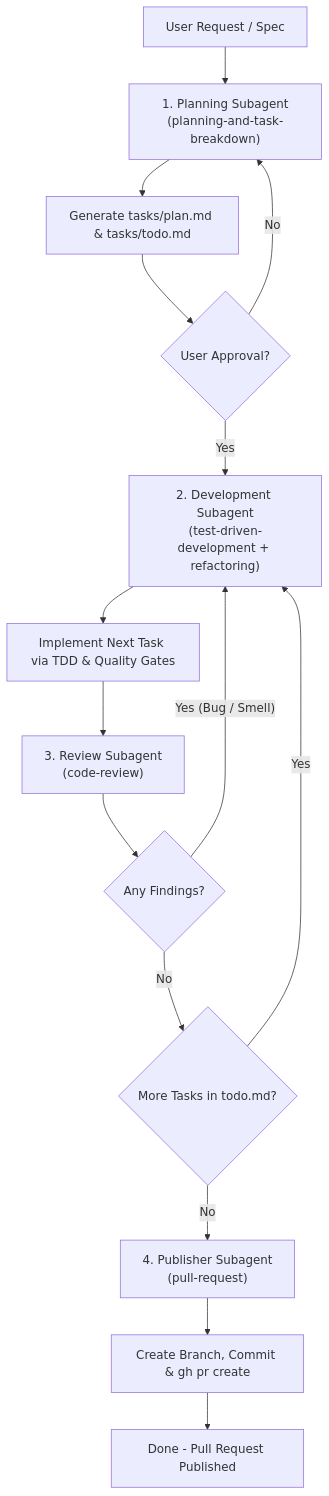
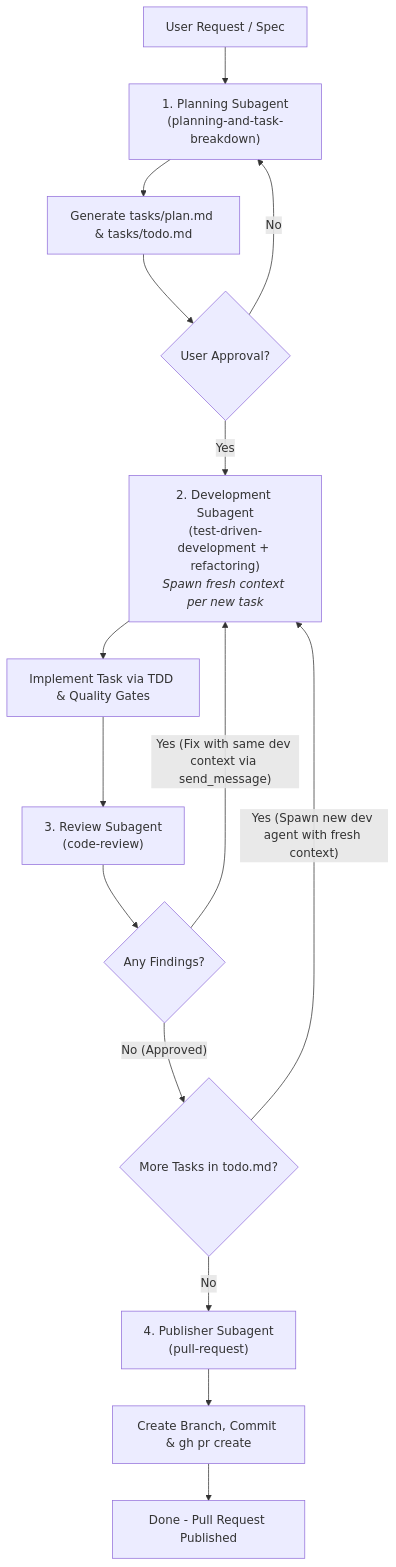
One commit to larchanka/skills changed the diagram in agent-loop/SKILL.md. Above: the diagram before and after it, drawn with Mermaid. The commit also changed other lines of this file and 1 other file, not shown here.

Commit message:
feat(agent-loop): enforce fresh context per task and retain context for review fixes

````diff
--- a/agent-loop/SKILL.md
+++ b/agent-loop/SKILL.md
@@ -12,17 +12,17 @@
 ```mermaid
 graph TD
     Start["User Request / Spec"] --> Plan["1. Planning Subagent<br/>(planning-and-task-breakdown)"]
     Plan --> SavePlan["Generate tasks/plan.md & tasks/todo.md"]
     SavePlan --> ApprPlan{"User Approval?"}
     ApprPlan -- No --> Plan
-    ApprPlan -- Yes --> Dev["2. Development Subagent<br/>(test-driven-development + refactoring)"]
-    Dev --> ImpTask["Implement Next Task via TDD & Quality Gates"]
+    ApprPlan -- Yes --> Dev["2. Development Subagent<br/>(test-driven-development + refactoring)<br/><i>Spawn fresh context per new task</i>"]
+    Dev --> ImpTask["Implement Task via TDD & Quality Gates"]
     ImpTask --> Rev["3. Review Subagent<br/>(code-review)"]
     Rev --> Check{"Any Findings?"}
-    Check -- Yes (Bug / Smell) --> Dev
-    Check -- No --> CheckMore{"More Tasks in todo.md?"}
-    CheckMore -- Yes --> Dev
+    Check -- "Yes (Fix with same dev context via send_message)" --> Dev
+    Check -- "No (Approved)" --> CheckMore{"More Tasks in todo.md?"}
+    CheckMore -- "Yes (Spawn new dev agent with fresh context)" --> Dev
     CheckMore -- No --> Pub["4. Publisher Subagent<br/>(pull-request)"]
     Pub --> OpenPR["Create Branch, Commit & gh pr create"]
     OpenPR --> Done["Done - Pull Request Published"]
 ```
````
